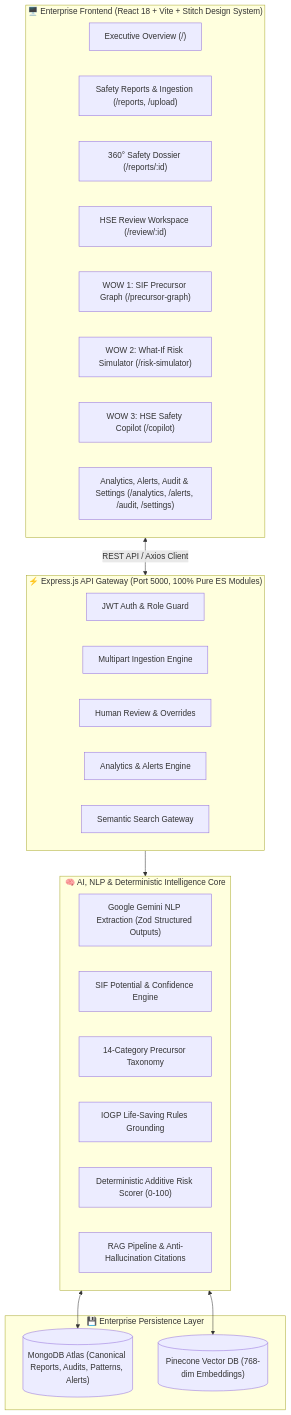
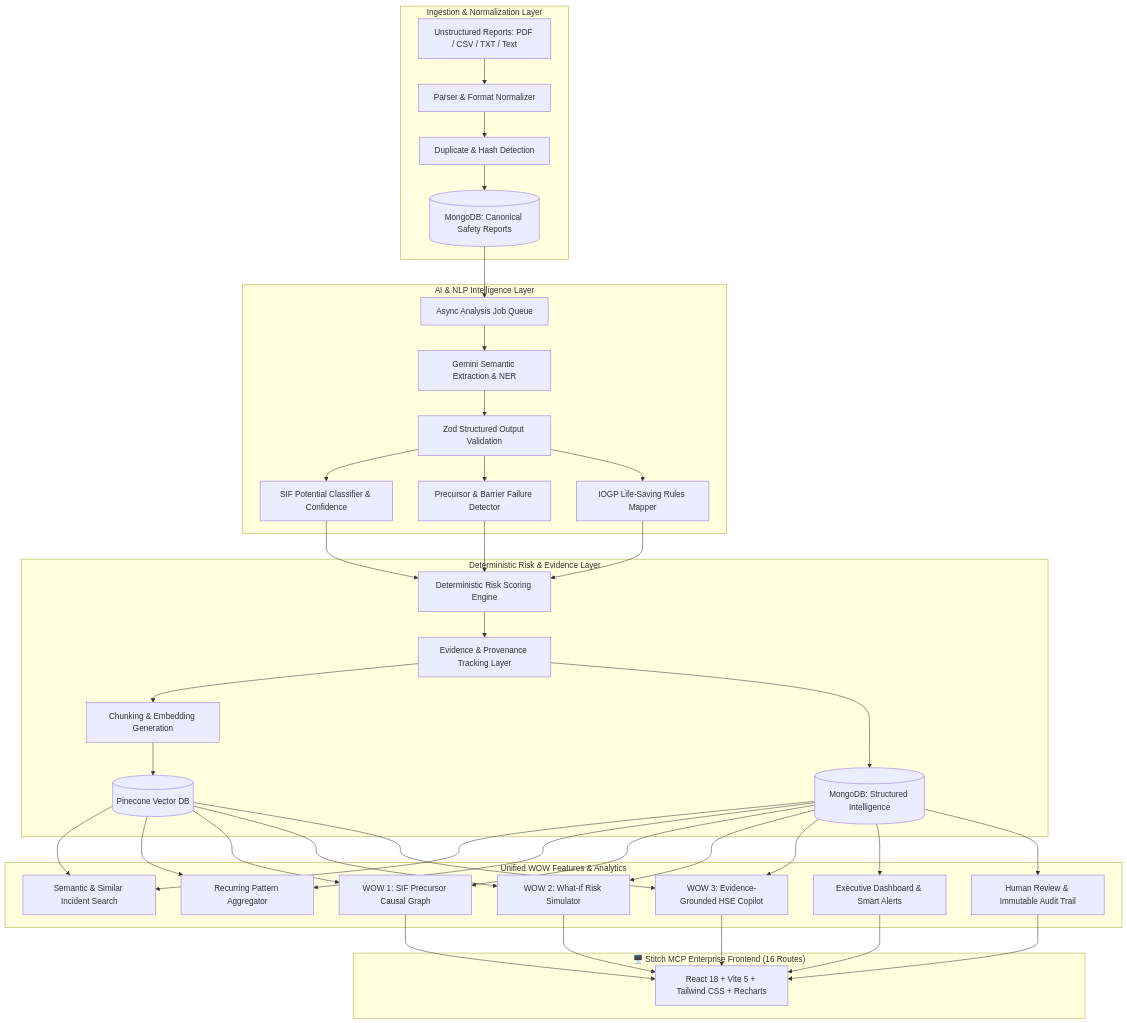
Before and after one commit to rajkushwaha-01/SIH-Hackathon: the first of 2 diagrams in README.md, drawn with Mermaid. The commit also changed other lines of this file, not shown here.

````diff
--- a/README.md
+++ b/README.md
@@ -26,40 +25,39 @@
 ```mermaid
-flowchart TB
-    subgraph Frontend_Layer ["🖥️ Enterprise Frontend (React 18 + Vite + Stitch Design System)"]
-        UI1["Executive Overview (/)"]
-        UI2["Safety Reports & Ingestion (/reports, /upload)"]
-        UI3["360° Safety Dossier (/reports/:id)"]
-        UI4["HSE Review Workspace (/review/:id)"]
-        UI5["WOW 1: SIF Precursor Graph (/precursor-graph)"]
-        UI6["WOW 2: What-If Risk Simulator (/risk-simulator)"]
-        UI7["WOW 3: HSE Safety Copilot (/copilot)"]
-        UI8["Analytics, Alerts, Audit & Settings (/analytics, /alerts, /audit, /settings)"]
+flowchart TD
+    subgraph Ingestion ["Ingestion & Normalization Layer"]
+        A[Unstructured Reports: PDF / CSV / TXT / Text] --> B[Parser & Format Normalizer]
+        B --> C[Duplicate & Hash Detection]
+        C --> D[(MongoDB: Canonical Safety Reports)]
     end
 
-    subgraph Backend_Gateway ["⚡ Express.js API Gateway (Port 5000, 100% Pure ES Modules)"]
-        API_Auth["JWT Auth & Role Guard"]
-        API_Ingest["Multipart Ingestion Engine"]
-        API_Review["Human Review & Overrides"]
-        API_Analytics["Analytics & Alerts Engine"]
-        API_Vector["Semantic Search Gateway"]
+    subgraph AI_Pipeline ["AI & NLP Intelligence Layer"]
+        D --> E[Async Analysis Job Queue]
+        E --> F[Gemini Semantic Extraction & NER]
+        F --> G[Zod Structured Output Validation]
+        G --> H[SIF Potential Classifier & Confidence]
+        G --> I[Precursor & Barrier Failure Detector]
+        G --> J[IOGP Life-Saving Rules Mapper]
     end
 
-    subgraph AI_Intelligence ["🧠 AI, NLP & Deterministic Intelligence Core"]
-        NLP_Gemini["Google Gemini NLP Extraction (Zod Structured Outputs)"]
-        SIF_Classifier["SIF Potential & Confidence Engine"]
-        Precursor_Engine["14-Category Precursor Taxonomy"]
-        LSR_Mapper["IOGP Life-Saving Rules Grounding"]
-        Risk_Engine["Deterministic Additive Risk Scorer (0-100)"]
-        RAG_Engine["RAG Pipeline & Anti-Hallucination Citations"]
+    subgraph Deterministic_Engine ["Deterministic Risk & Evidence Layer"]
+        H & I & J --> K[Deterministic Risk Scoring Engine]
+        K --> L[Evidence & Provenance Tracking Layer]
+        L --> M[Chunking & Embedding Generation]
+        M --> N[(Pinecone Vector DB)]
+        L --> O[(MongoDB: Structured Intelligence)]
     end
 
-    subgraph Data_Storage ["💾 Enterprise Persistence Layer"]
-        DB_Mongo[("MongoDB Atlas (Canonical Reports, Audits, Patterns, Alerts)")]
-        DB_Pinecone[("Pinecone Vector DB (768-dim Embeddings)")]
+    subgraph Core_Applications ["Unified WOW Features & Analytics"]
+        O & N --> P[Semantic & Similar Incident Search]
+        O & N --> Q[Recurring Pattern Aggregator]
+        O & N --> R[WOW 1: SIF Precursor Causal Graph]
+        O & N --> S[WOW 2: What-If Risk Simulator]
+        O & N --> T[WOW 3: Evidence-Grounded HSE Copilot]
+        O --> U[Executive Dashboard & Smart Alerts]
+        O --> V[Human Review & Immutable Audit Trail]
     end
 
-    Frontend_Layer <-->|REST API / Axios Client| Backend_Gateway
-    Backend_Gateway --> AI_Intelligence
-    AI_Intelligence <--> DB_Mongo
-    AI_Intelligence <--> DB_Pinecone
+    subgraph Frontend_Presentation ["🖥️ Stitch MCP Enterprise Frontend (16 Routes)"]
+        R & S & T & U & V --> UI[React 18 + Vite 5 + Tailwind CSS + Recharts]
+    end
 ```
````
